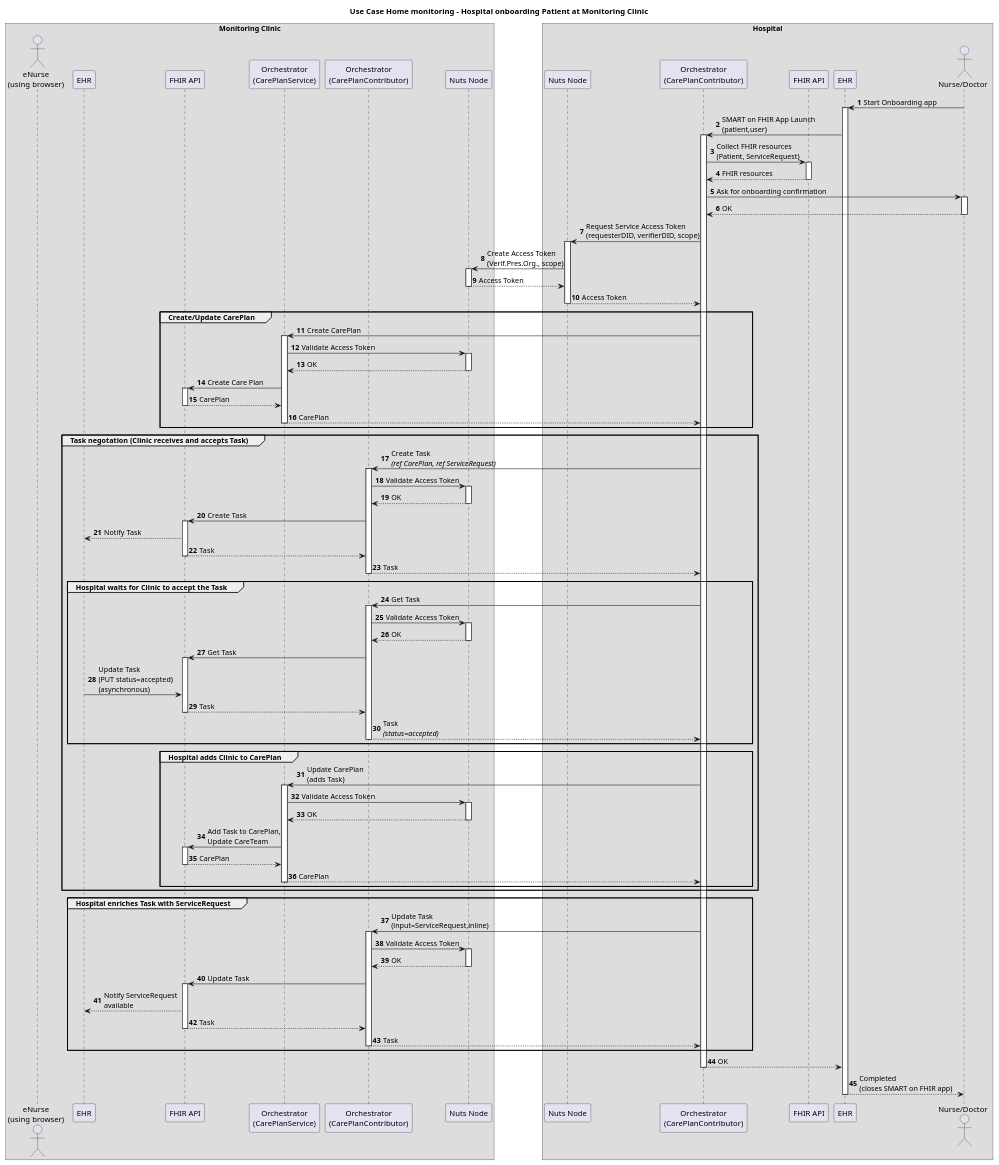
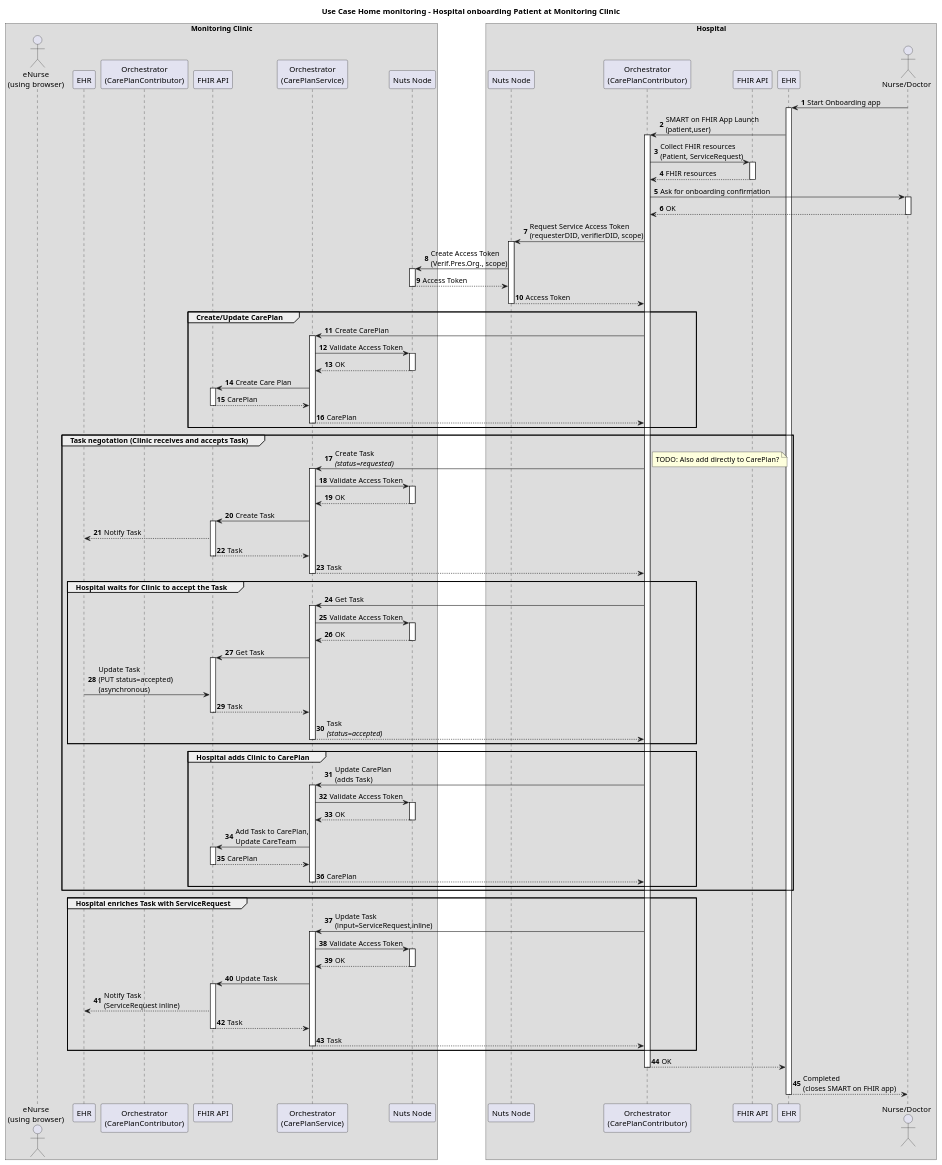
The diagram in input/images-source/usecase-homemonitoring-onboarding.puml (SanteonNL/shared-care-planning), drawn with PlantUML before and after one commit.

Commit message:
Create Task at CarePlanService

```diff
--- a/input/images-source/usecase-homemonitoring-onboarding.puml
+++ b/input/images-source/usecase-homemonitoring-onboarding.puml
@@ -1,100 +1,101 @@
 @startuml
 'https://plantuml.com/sequence-diagram
 autonumber
 
 
 title Use Case Home monitoring - Hospital onboarding Patient at Monitoring Clinic
 
 box Monitoring Clinic
     actor eNurse as "eNurse\n(using browser)"
     participant "EHR" as ClinicEHR
+    participant "Orchestrator\n(CarePlanContributor)" as ClinicOrchestratorContr
     participant "FHIR API" as ClinicFHIR
     participant "Orchestrator\n(CarePlanService)" as ClinicOrchestratorCPS
-    participant "Orchestrator\n(CarePlanContributor)" as ClinicOrchestratorContr
     participant "Nuts Node" as ClinicNutsNode
 end box
 box Hospital
     participant "Nuts Node" as HospitalNutsNode
     participant "Orchestrator\n(CarePlanContributor)" as HospitalOrchestrator
     participant "FHIR API" as HospitalFHIR
     participant "EHR" as HospitalEHR
     actor "Nurse/Doctor" as HospitalNurse
 end box
 
 HospitalNurse -> HospitalEHR : Start Onboarding app
 activate HospitalEHR
     HospitalEHR -> HospitalOrchestrator : SMART on FHIR App Launch\n(patient,user)
     activate HospitalOrchestrator
         HospitalOrchestrator -> HospitalFHIR : Collect FHIR resources\n(Patient, ServiceRequest)
         activate HospitalFHIR
         return FHIR resources
         HospitalOrchestrator -> HospitalNurse : Ask for onboarding confirmation
         activate HospitalNurse
         return OK
         HospitalOrchestrator -> HospitalNutsNode : Request Service Access Token\n(requesterDID, verifierDID, scope)
         activate HospitalNutsNode
             HospitalNutsNode -> ClinicNutsNode : Create Access Token\n(Verif.Pres.Org., scope)
             activate ClinicNutsNode
             return Access Token
         return Access Token
         group Create/Update CarePlan
             HospitalOrchestrator -> ClinicOrchestratorCPS : Create CarePlan
             activate ClinicOrchestratorCPS
                 ClinicOrchestratorCPS -> ClinicNutsNode : Validate Access Token
                 activate ClinicNutsNode
                 return OK
                 ClinicOrchestratorCPS -> ClinicFHIR : Create Care Plan
                 activate ClinicFHIR
                 return CarePlan
             return CarePlan
         end group
         group Task negotation (Clinic receives and accepts Task)
-            HospitalOrchestrator -> ClinicOrchestratorContr : Create Task\n<i>(ref CarePlan, ref ServiceRequest)
-            activate ClinicOrchestratorContr
-                ClinicOrchestratorContr -> ClinicNutsNode : Validate Access Token
+            HospitalOrchestrator -> ClinicOrchestratorCPS : Create Task\n<i>(status=requested)
+            note right: TODO: Also add directly to CarePlan?
+            activate ClinicOrchestratorCPS
+                ClinicOrchestratorCPS -> ClinicNutsNode : Validate Access Token
                 activate ClinicNutsNode
                 return OK
-                ClinicOrchestratorContr -> ClinicFHIR : Create Task
+                ClinicOrchestratorCPS -> ClinicFHIR : Create Task
                 activate ClinicFHIR
                     ClinicFHIR ---> ClinicEHR : Notify Task
                 return Task
             return Task
             group Hospital waits for Clinic to accept the Task
-                HospitalOrchestrator -> ClinicOrchestratorContr : Get Task
-                activate ClinicOrchestratorContr
-                    ClinicOrchestratorContr -> ClinicNutsNode : Validate Access Token
+                HospitalOrchestrator -> ClinicOrchestratorCPS : Get Task
+                activate ClinicOrchestratorCPS
+                    ClinicOrchestratorCPS -> ClinicNutsNode : Validate Access Token
                     activate ClinicNutsNode
                     return OK
-                    ClinicOrchestratorContr -> ClinicFHIR : Get Task
+                    ClinicOrchestratorCPS -> ClinicFHIR : Get Task
                     activate ClinicFHIR
                     ClinicEHR -> ClinicFHIR : Update Task\n(PUT status=accepted)\n(asynchronous)
                     return Task
                 return Task\n<i>(status=accepted)
             end group
             group Hospital adds Clinic to CarePlan
                 HospitalOrchestrator -> ClinicOrchestratorCPS : Update CarePlan\n(adds Task)
                 activate ClinicOrchestratorCPS
                     ClinicOrchestratorCPS -> ClinicNutsNode : Validate Access Token
                     activate ClinicNutsNode
                     return OK
                     ClinicOrchestratorCPS -> ClinicFHIR : Add Task to CarePlan,\nUpdate CareTeam
                     activate ClinicFHIR
                     return CarePlan
                 return CarePlan
             end group
         end group
         group Hospital enriches Task with ServiceRequest
-            HospitalOrchestrator -> ClinicOrchestratorContr : Update Task\n(input=ServiceRequest,inline)
-            activate ClinicOrchestratorContr
-                ClinicOrchestratorContr -> ClinicNutsNode : Validate Access Token
+            HospitalOrchestrator -> ClinicOrchestratorCPS : Update Task\n(input=ServiceRequest,inline)
+            activate ClinicOrchestratorCPS
+                ClinicOrchestratorCPS -> ClinicNutsNode : Validate Access Token
                 activate ClinicNutsNode
                 return OK
-                ClinicOrchestratorContr -> ClinicFHIR : Update Task
+                ClinicOrchestratorCPS -> ClinicFHIR : Update Task
                 activate ClinicFHIR
-                    ClinicFHIR ---> ClinicEHR : Notify ServiceRequest\navailable
+                    ClinicFHIR ---> ClinicEHR : Notify Task\n(ServiceRequest inline)
                 return Task
             return Task
         end group
     return OK
 return Completed\n(closes SMART on FHIR app)
 @enduml
```
